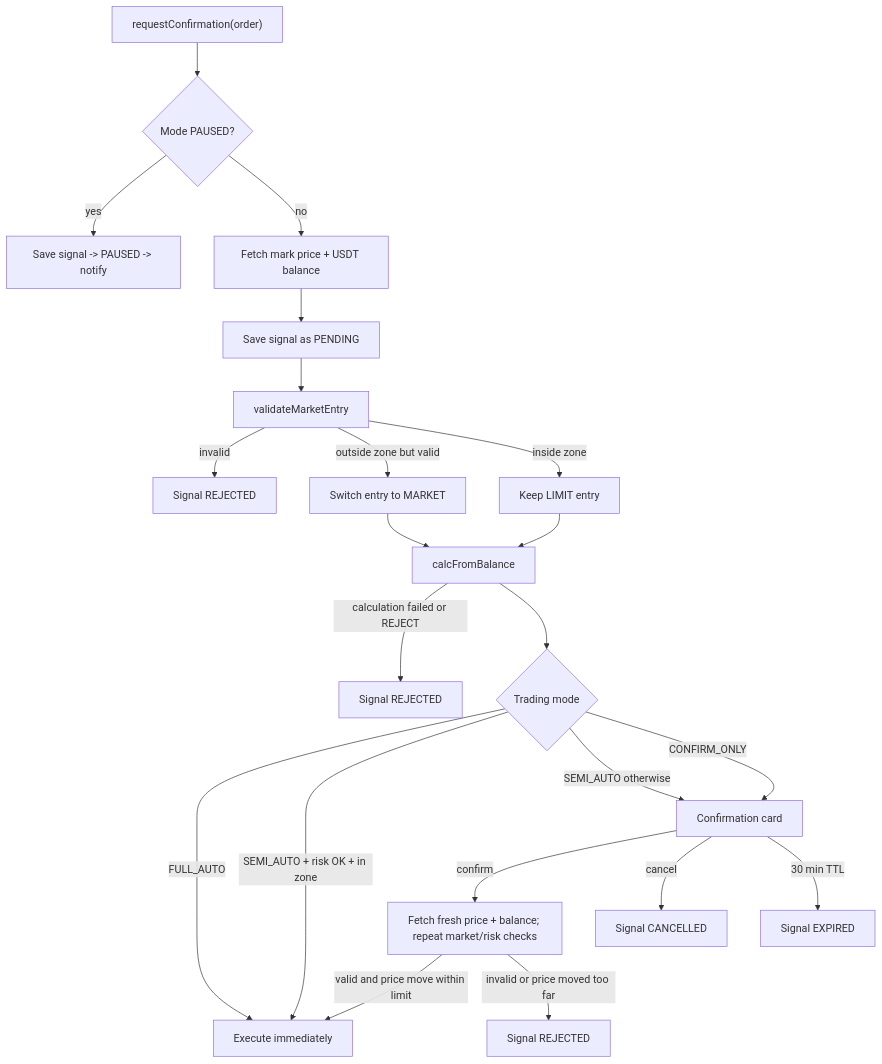
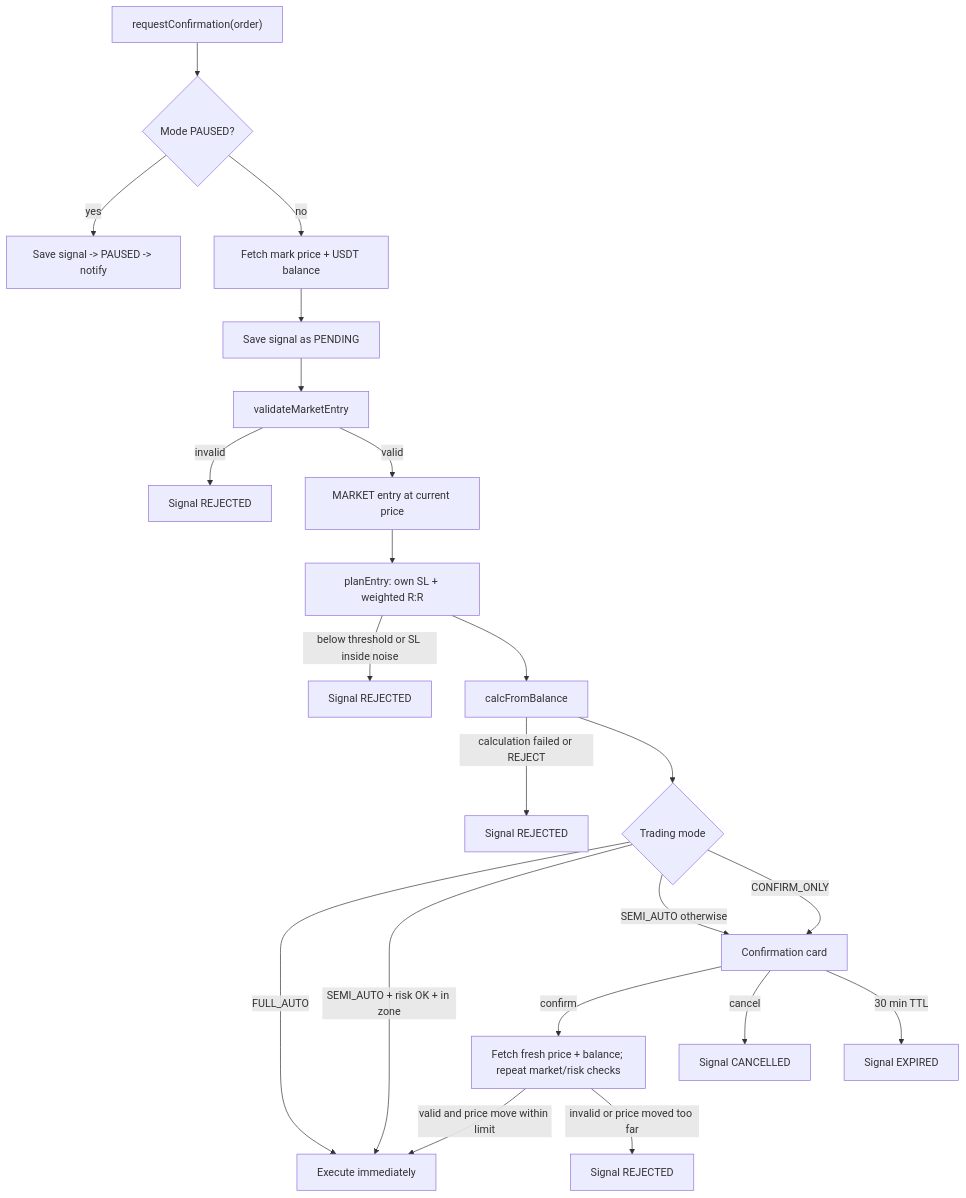
Before and after one commit to SamuiRo/EADrift: the second of 3 diagrams in docs/FLOWS.md, drawn with Mermaid. The commit also changed other lines of this file and 21 other files, not shown here.

First line of the commit message:
v1.2.0 signal geometry validation, own stop-loss, risk engine fixes

````diff
--- a/docs/FLOWS.md
+++ b/docs/FLOWS.md
@@ -46,24 +52,24 @@
 ```mermaid
 flowchart TD
     A["requestConfirmation(order)"] --> B{"Mode PAUSED?"}
     B -->|yes| BP["Save signal -> PAUSED -> notify"]
     B -->|no| C["Fetch mark price + USDT balance"]
     C --> D["Save signal as PENDING"]
     D --> E["validateMarketEntry"]
     E -->|invalid| R1["Signal REJECTED"]
-    E -->|outside zone but valid| M["Switch entry to MARKET"]
-    E -->|inside zone| L["Keep LIMIT entry"]
-    M --> G["calcFromBalance"]
-    L --> G
+    E -->|valid| M["MARKET entry at current price"]
+    M --> P["planEntry: own SL + weighted R:R"]
+    P -->|below threshold or SL inside noise| R4["Signal REJECTED"]
+    P --> G["calcFromBalance"]
     G -->|calculation failed or REJECT| R2["Signal REJECTED"]
     G --> H{"Trading mode"}
     H -->|FULL_AUTO| X["Execute immediately"]
     H -->|"SEMI_AUTO + risk OK + in zone"| X
     H -->|SEMI_AUTO otherwise| K["Confirmation card"]
     H -->|CONFIRM_ONLY| K
     K -->|confirm| Q["Fetch fresh price + balance; repeat market/risk checks"]
     Q -->|valid and price move within limit| X
     Q -->|invalid or price moved too far| R3["Signal REJECTED"]
     K -->|cancel| C1["Signal CANCELLED"]
     K -->|30 min TTL| E1["Signal EXPIRED"]
 ```
````
